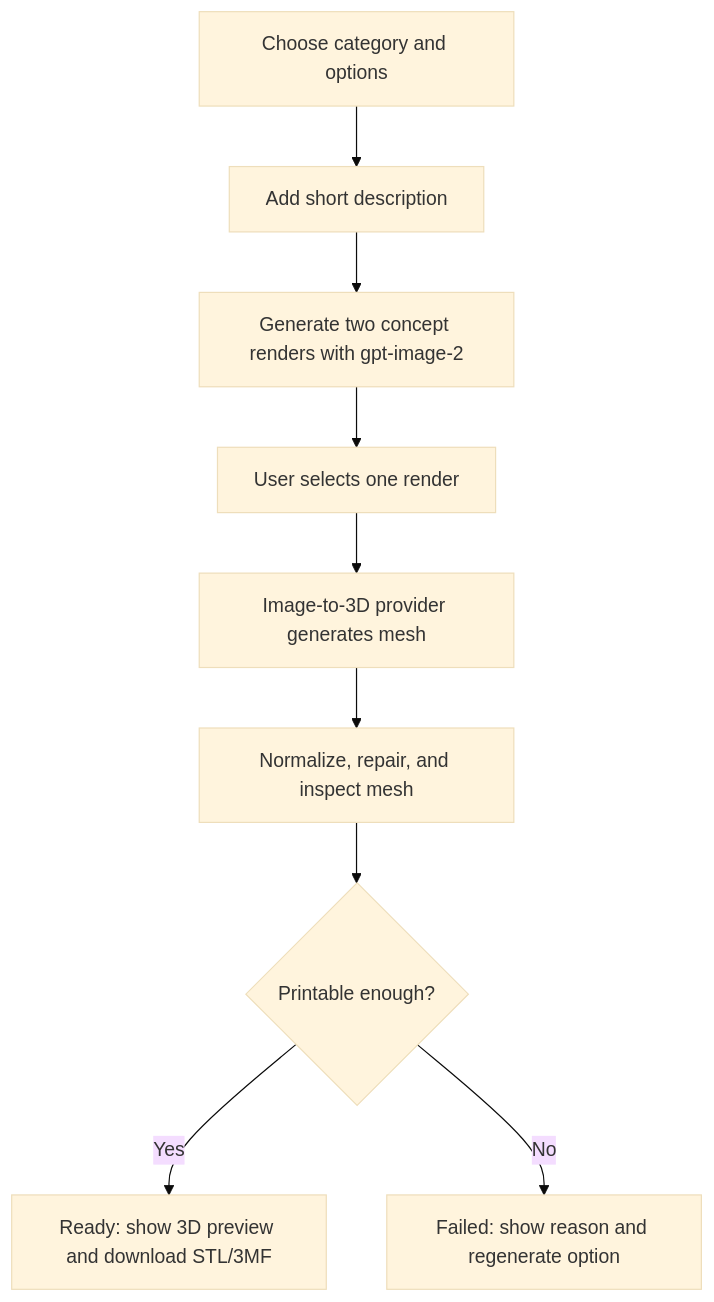
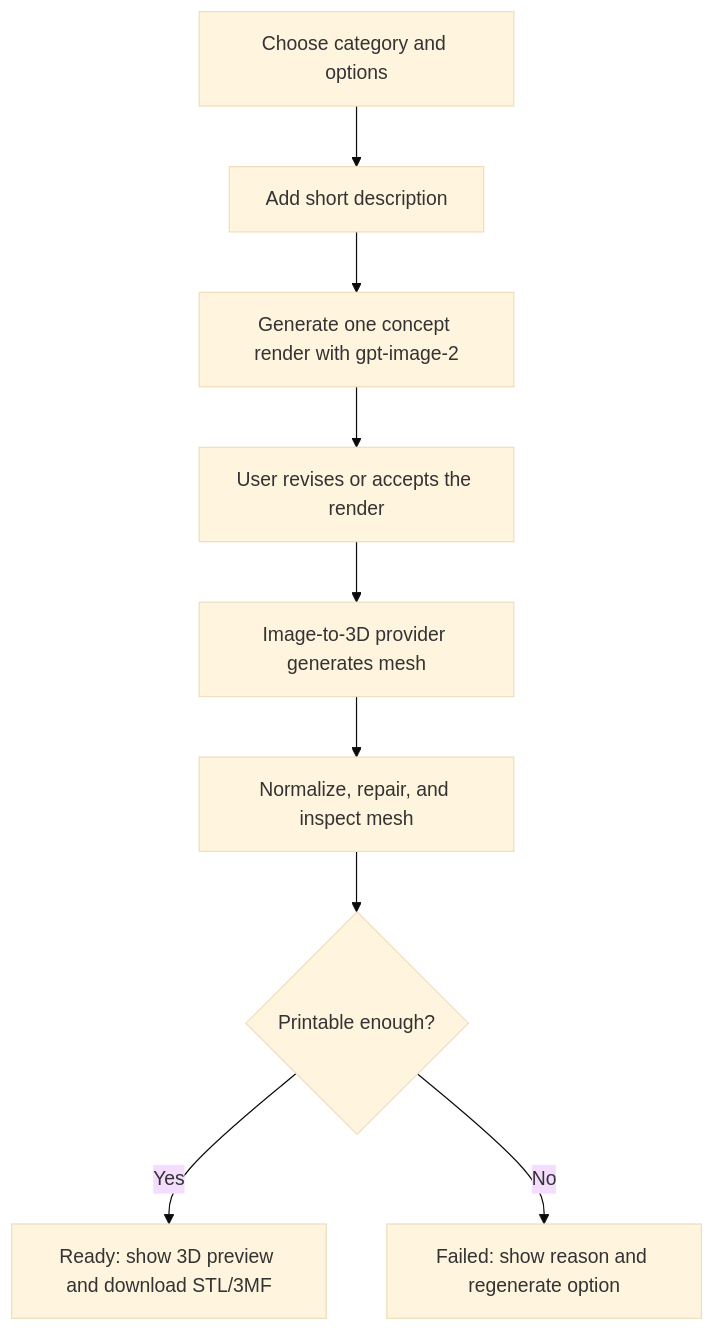
Before and after one commit to Bronc-X/ShipModel: the first of 2 diagrams in docs/designs/3d-printable-model-demo.md, drawn with Mermaid (base theme). The commit also changed other lines of this file and 20 other files, not shown here.

Commit message:
Refine concept image revision flow

````diff
--- a/docs/designs/3d-printable-model-demo.md
+++ b/docs/designs/3d-printable-model-demo.md
@@ -61,11 +61,11 @@
 ```mermaid
 flowchart TD
   A["Choose category and options"] --> B["Add short description"]
-  B --> C["Generate two concept renders with gpt-image-2"]
-  C --> D["User selects one render"]
+  B --> C["Generate one concept render with gpt-image-2"]
+  C --> D["User revises or accepts the render"]
   D --> E["Image-to-3D provider generates mesh"]
   E --> F["Normalize, repair, and inspect mesh"]
   F --> G{"Printable enough?"}
   G -->|Yes| H["Ready: show 3D preview and download STL/3MF"]
   G -->|No| I["Failed: show reason and regenerate option"]
 ```
````
